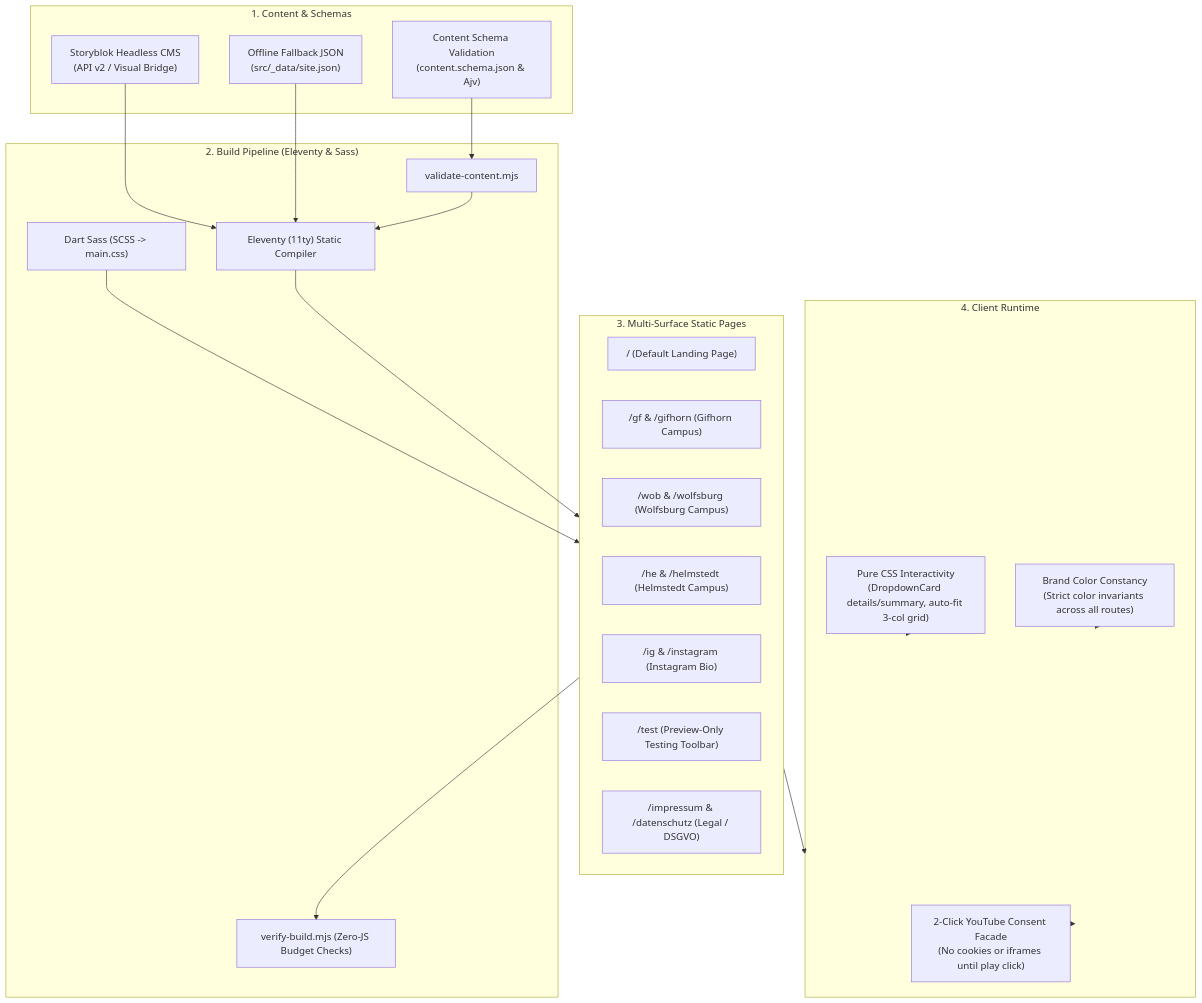
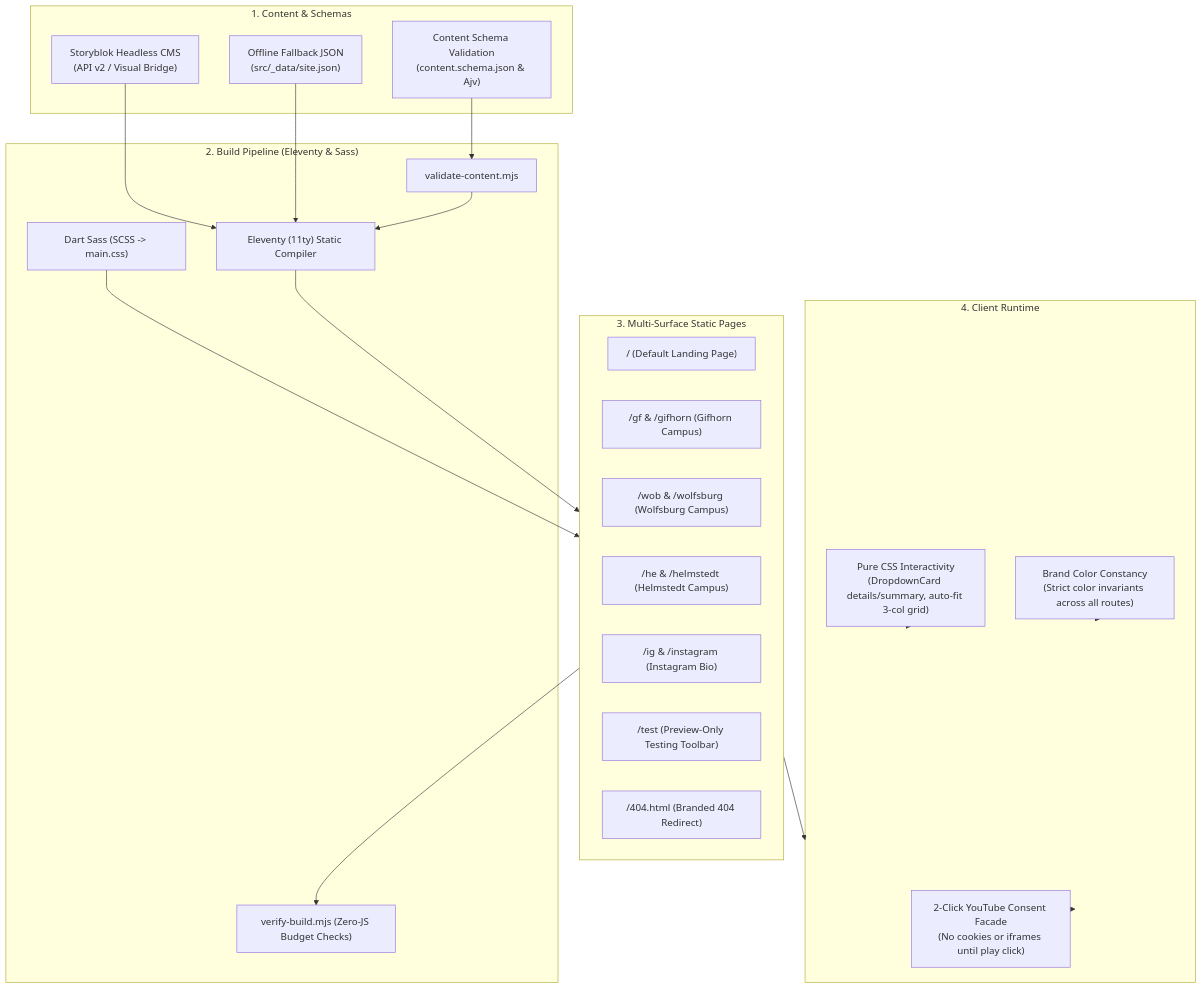
One commit to Echo-Kirche/link-tree changed the diagram in README.md. Above: the diagram before and after it, drawn with Mermaid. The commit also changed 19 other files, not shown here.

Commit message:
feat(legal): remove local /datenschutz and /impressum routes in favor of external links

````diff
--- a/README.md
+++ b/README.md
@@ -36,43 +36,43 @@
 ```mermaid
 flowchart TD
   subgraph DataLayer["1. Content & Schemas"]
     SB["Storyblok Headless CMS<br/>(API v2 / Visual Bridge)"]
     Local["Offline Fallback JSON<br/>(src/_data/site.json)"]
     Schema["Content Schema Validation<br/>(content.schema.json & Ajv)"]
   end
 
   subgraph Engine["2. Build Pipeline (Eleventy & Sass)"]
     Val["validate-content.mjs"]
     Sass["Dart Sass (SCSS -> main.css)"]
     11ty["Eleventy (11ty) Static Compiler"]
     Verify["verify-build.mjs (Zero-JS Budget Checks)"]
   end
 
   subgraph Surfaces["3. Multi-Surface Static Pages"]
     Default["/ (Default Landing Page)"]
     GF["/gf & /gifhorn (Gifhorn Campus)"]
     WOB["/wob & /wolfsburg (Wolfsburg Campus)"]
     HE["/he & /helmstedt (Helmstedt Campus)"]
     IG["/ig & /instagram (Instagram Bio)"]
     Test["/test (Preview-Only Testing Toolbar)"]
-    Legal["/impressum & /datenschutz (Legal / DSGVO)"]
+    NotFound["/404.html (Branded 404 Redirect)"]
   end
 
   subgraph Client["4. Client Runtime"]
     CSS["Pure CSS Interactivity<br/>(DropdownCard details/summary, auto-fit 3-col grid)"]
     Brand["Brand Color Constancy<br/>(Strict color invariants across all routes)"]
     Video["2-Click YouTube Consent Facade<br/>(No cookies or iframes until play click)"]
   end
 
   SB --> 11ty
   Local --> 11ty
   Schema --> Val
   Val --> 11ty
   Sass --> Surfaces
   11ty --> Surfaces
   Surfaces --> Verify
   Surfaces --> Client
   CSS --> Client
   Brand --> Client
   Video --> Client
 ```
````
